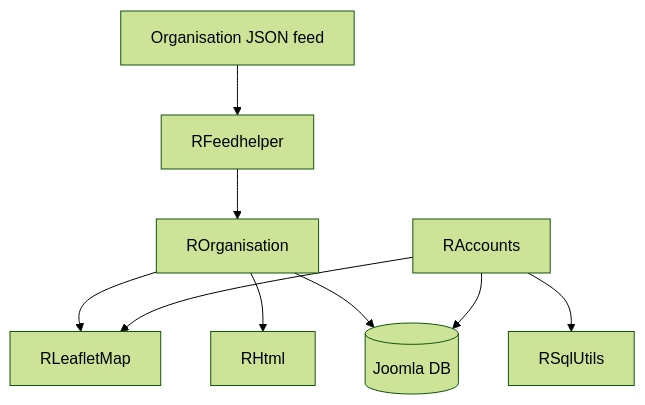
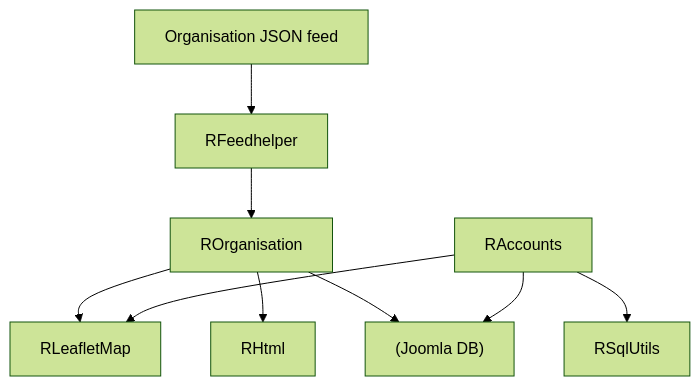
Diagram 11 of 15 in architecture.md (pauljrhodes/ramblers-library), drawn with Mermaid (forest theme) before and after one commit. The commit also changed other lines of this file and 33 other files, not shown here.

Commit message:
Normalize Mermaid diagrams for GitHub rendering

````diff
--- a/architecture.md
+++ b/architecture.md
@@ -722,12 +722,12 @@
 ```mermaid
 flowchart TB
   OrgFeed[Organisation JSON feed] --> FH[RFeedhelper]
   FH --> Org[ROrganisation]
   Org --> Map[RLeafletMap]
   Org --> Html[RHtml]
 
-  Org --> DB[(Joomla DB)]
+  Org --> DB["(Joomla DB)"]
   Acc[RAccounts] --> DB
   Acc --> Sql[RSqlUtils]
   Acc --> Map
 ```
````
